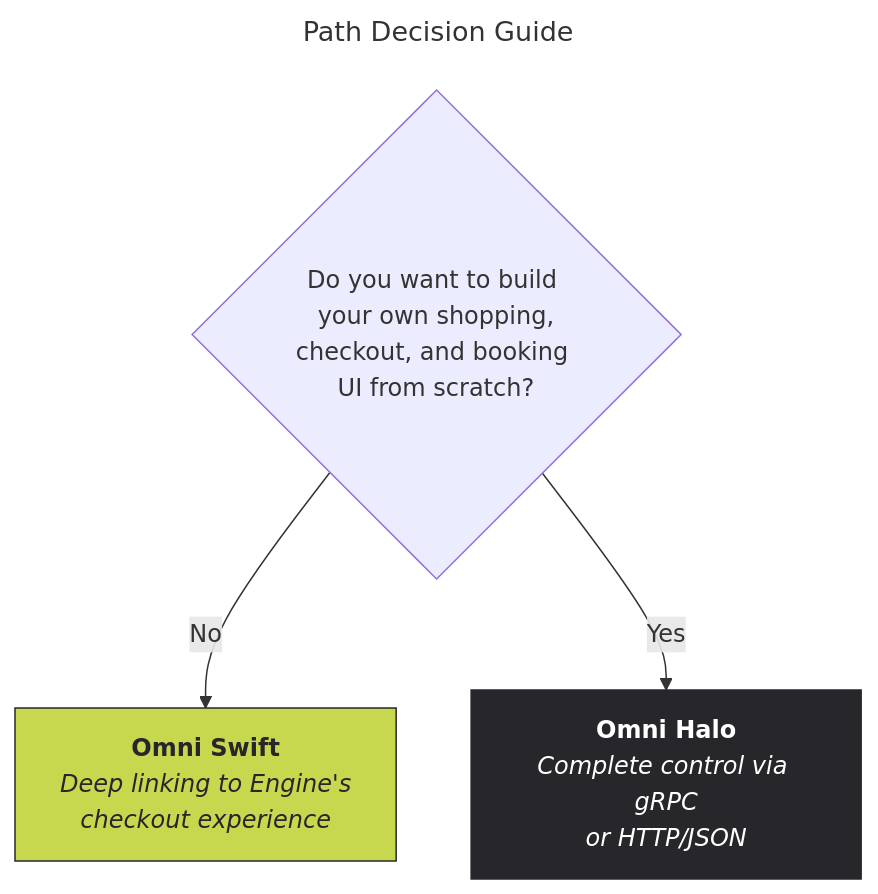
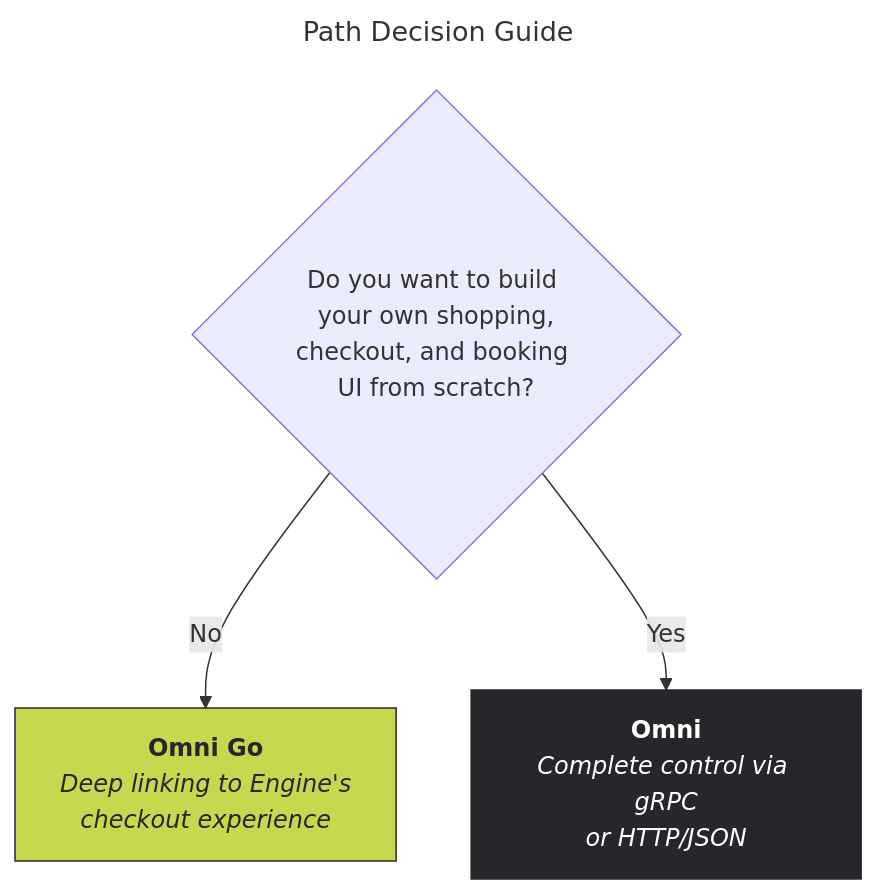
The diagram in src/main/markdown/integration-paths.md (engine-public/engine-partner-api), drawn with Mermaid before and after one commit. The commit also changed other lines of this file and 6 other files, not shown here.

First line of the commit message:
Rename integration paths: Omni Swift to Omni Go, Omni Halo to Omni

````diff
--- a/src/main/markdown/integration-paths.md
+++ b/src/main/markdown/integration-paths.md
@@ -29,17 +29,17 @@
 ```mermaid
 ---
 title: Path Decision Guide
 ---
 flowchart TB
     q{"Do you want to build your own shopping,<br/>checkout, and booking UI from scratch?"}
-    swift["<b>Omni Swift</b><br/><i>Deep linking to Engine's<br/>checkout experience</i>"]
-    halo["<b>Omni Halo</b><br/><i>Complete control via gRPC<br/>or HTTP/JSON</i>"]
+    omniGo["<b>Omni Go</b><br/><i>Deep linking to Engine's<br/>checkout experience</i>"]
+    omni["<b>Omni</b><br/><i>Complete control via gRPC<br/>or HTTP/JSON</i>"]
 
-    q -- No --> swift
-    q -- Yes --> halo
+    q -- No --> omniGo
+    q -- Yes --> omni
 
-    classDef swiftStyle fill:#c8d84e,stroke:#27262b,color:#27262b
-    classDef haloStyle fill:#27262b,stroke:#27262b,color:#fff
-    class swift swiftStyle
-    class halo haloStyle
+    classDef omniGoStyle fill:#c8d84e,stroke:#27262b,color:#27262b
+    classDef omniStyle fill:#27262b,stroke:#27262b,color:#fff
+    class omniGo omniGoStyle
+    class omni omniStyle
 ```
````
